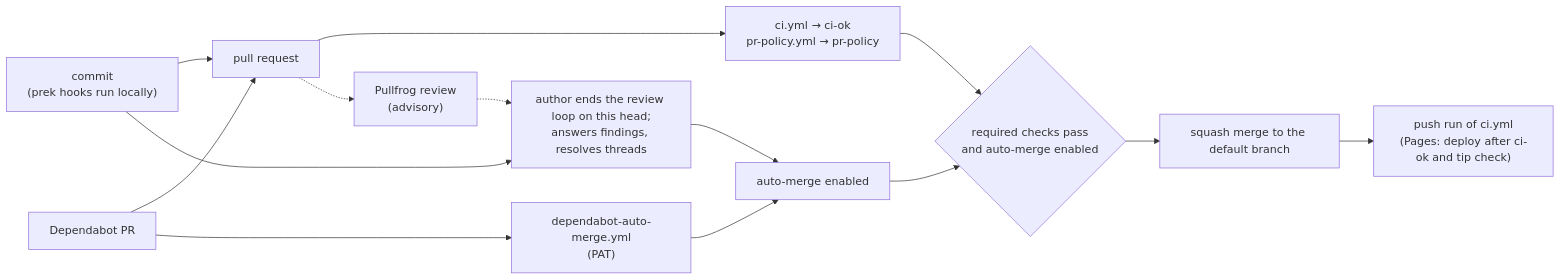
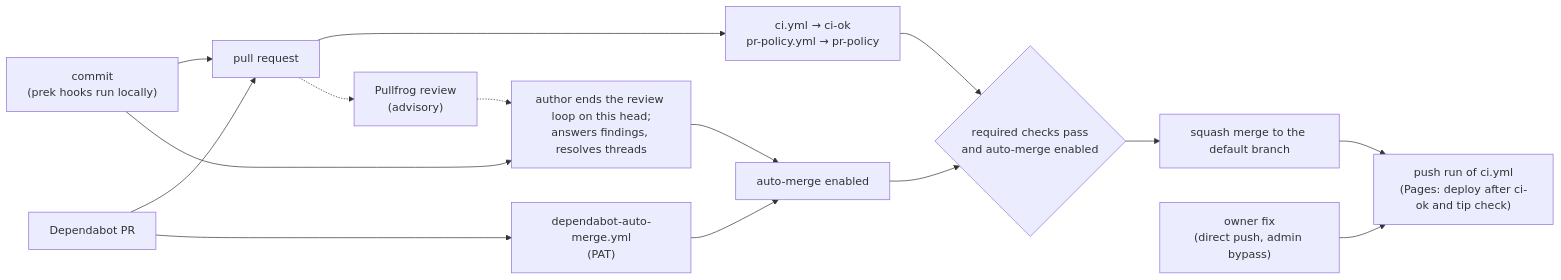
The first of 3 diagrams in README.md (edbfi/edbfi-ci), drawn with Mermaid before and after one commit. The commit also changed 4 other files, not shown here.

First line of the commit message:
docs(settings): require only the checks and let the admin bypass the ruleset (#25)

````diff
--- a/README.md
+++ b/README.md
@@ -34,14 +34,15 @@
 ```mermaid
 flowchart LR
   dev["commit<br/>(prek hooks run locally)"] --> pr[pull request]
   bot[Dependabot PR] --> pr
   pr --> checks["ci.yml → ci-ok<br/>pr-policy.yml → pr-policy"]
   pr -.-> rev["Pullfrog review<br/>(advisory)"]
   dev --> loop["author ends the review loop on this head;<br/>answers findings, resolves threads"]
   rev -.-> loop
   loop --> enabled[auto-merge enabled]
   bot --> dam["dependabot-auto-merge.yml<br/>(PAT)"] --> enabled
   checks --> gate{"required checks pass<br/>and auto-merge enabled"}
   enabled --> gate
   gate --> merge[squash merge to the default branch] --> push["push run of ci.yml<br/>(Pages: deploy after ci-ok and tip check)"]
+  owner["owner fix<br/>(direct push, admin bypass)"] --> push
 ```
````
